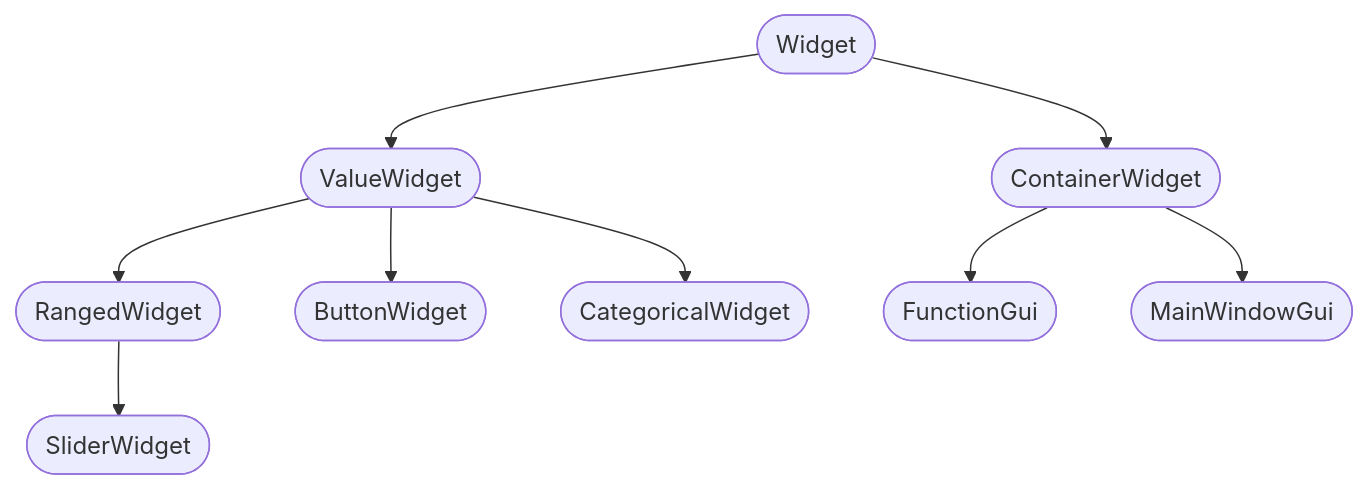
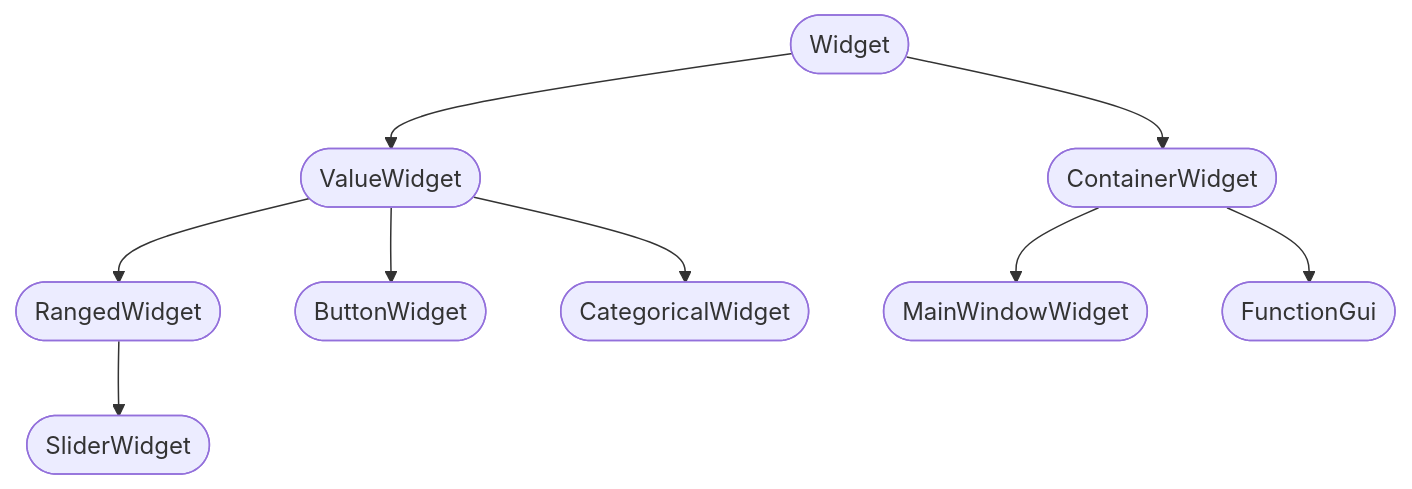
One commit to pyapp-kit/magicgui changed the diagram in docs/widgets.md. Above: the diagram before and after it, drawn with Mermaid. The commit also changed other lines of this file and 2 other files, not shown here.

````diff
--- a/docs/widgets.md
+++ b/docs/widgets.md
@@ -47,20 +47,20 @@
 ``` mermaid
 graph TB
     A([Widget])-->B([ValueWidget])
     A-->C([ContainerWidget])
     B-->D([RangedWidget])
     B-->E([ButtonWidget])
     B-->F([CategoricalWidget])
+    C-->H([MainWindowWidget])
     C-->G([FunctionGui])
-    C-->H([MainWindowGui])
     D-->I([SliderWidget])
     click A "#widget"
     click B "#valuewidget"
     click C "#containerwidget"
     click D "#rangedwidget"
     click E "#buttonwidget"
     click F "#categoricalwidget"
+    click H "#mainwindowwidget"
     click G "#functiongui"
-    click H "#maingui"
     click I "#sliderwidget"
 ```
````
